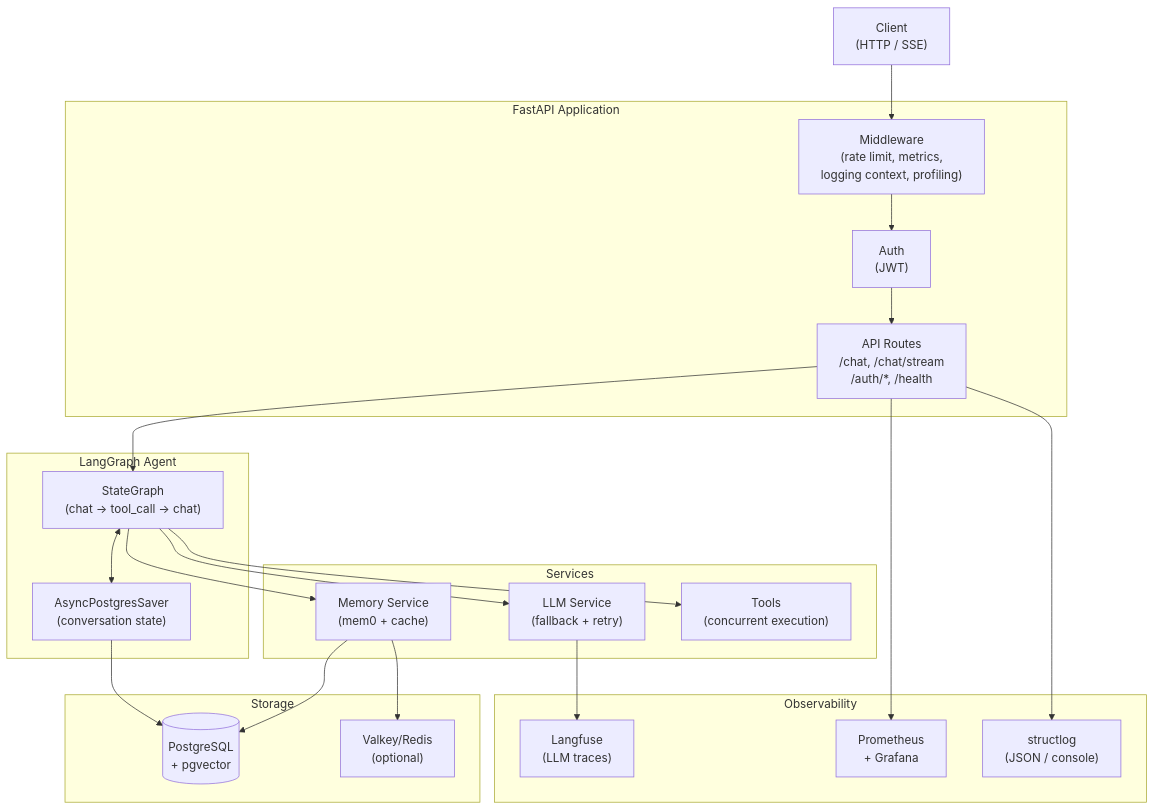
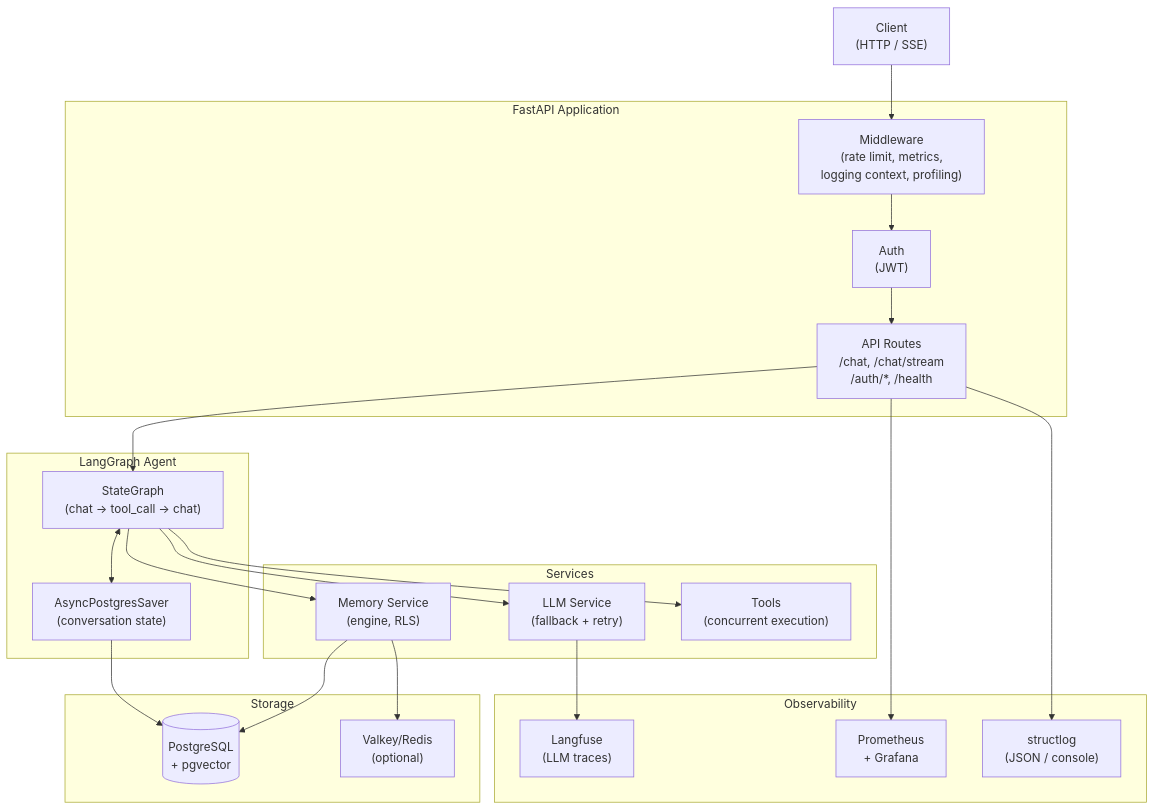
Before and after one commit to eMinders/ChronaMind: the first of 3 diagrams in docs/architecture.md, drawn with Mermaid. The commit also changed other lines of this file and 51 other files, not shown here.

````diff
--- a/docs/architecture.md
+++ b/docs/architecture.md
@@ -5,43 +5,43 @@
 ```mermaid
 graph TB
     Client["Client\n(HTTP / SSE)"]
 
     subgraph FastAPI["FastAPI Application"]
         MW["Middleware\n(rate limit, metrics,\nlogging context, profiling)"]
         Auth["Auth\n(JWT)"]
         API["API Routes\n/chat, /chat/stream\n/auth/*, /health"]
     end
 
     subgraph Agent["LangGraph Agent"]
         Graph["StateGraph\n(chat → tool_call → chat)"]
         Checkpointer["AsyncPostgresSaver\n(conversation state)"]
     end
 
     subgraph Services["Services"]
         LLM["LLM Service\n(fallback + retry)"]
-        Memory["Memory Service\n(mem0 + cache)"]
+        Memory["Memory Service\n(engine, RLS)"]
         Tools["Tools\n(concurrent execution)"]
     end
 
     subgraph Storage["Storage"]
         PG[("PostgreSQL\n+ pgvector")]
         Cache["Valkey/Redis\n(optional)"]
     end
 
     subgraph Observability["Observability"]
         Langfuse["Langfuse\n(LLM traces)"]
         Prometheus["Prometheus\n+ Grafana"]
         Logs["structlog\n(JSON / console)"]
     end
 
     Client --> MW --> Auth --> API
     API --> Graph
     Graph --> LLM --> Langfuse
     Graph --> Tools
     Graph --> Memory --> Cache
     Graph <--> Checkpointer
     Memory --> PG
     Checkpointer --> PG
     API --> Prometheus
     API --> Logs
 ```
````
